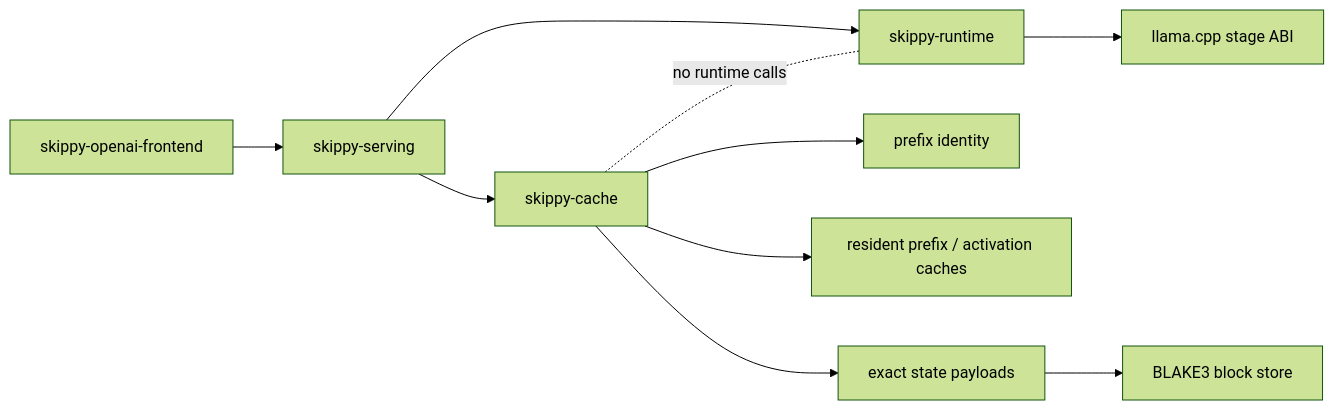
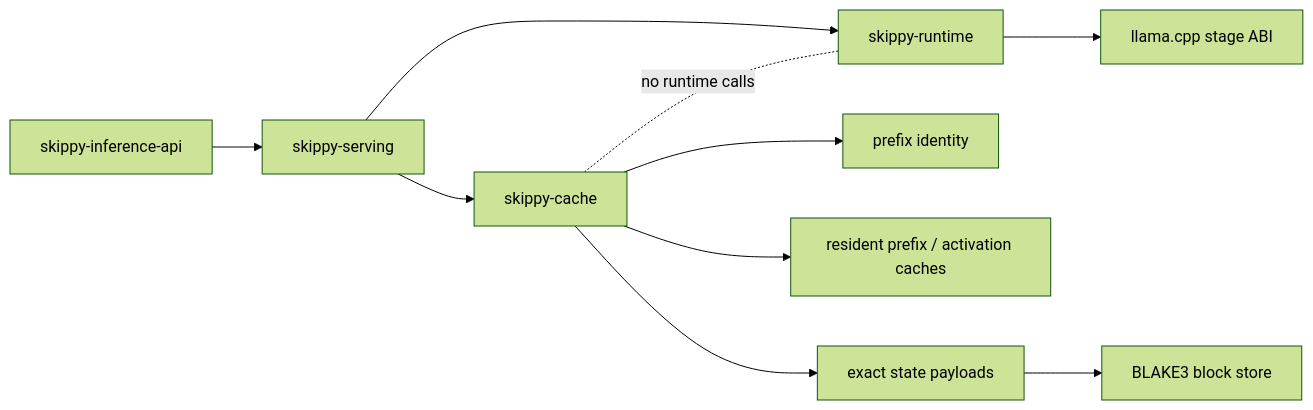
One commit to 76287298092/mesh-llm changed the first of 6 diagrams in skippy/crates/skippy-cache/README.md. Above: the diagram before and after it, drawn with Mermaid (forest theme). The commit also changed other lines of this file and 200 other files, not shown here.

Commit message:
refactor(skippy): rename frontend crate to inference API

````diff
--- a/skippy/crates/skippy-cache/README.md
+++ b/skippy/crates/skippy-cache/README.md
@@ -20,14 +20,14 @@
 ```mermaid
 flowchart LR
-    OpenAI["skippy-openai-frontend"] --> Server["skippy-serving"]
+    OpenAI["skippy-inference-api"] --> Server["skippy-serving"]
     Server --> Runtime["skippy-runtime"]
     Runtime --> ABI["llama.cpp stage ABI"]
 
     Server --> Cache["skippy-cache"]
     Cache --> Identity["prefix identity"]
     Cache --> Resident["resident prefix / activation caches"]
     Cache --> Payload["exact state payloads"]
     Payload --> Blocks["BLAKE3 block store"]
 
     Cache -. no runtime calls .- Runtime
 ```
````
